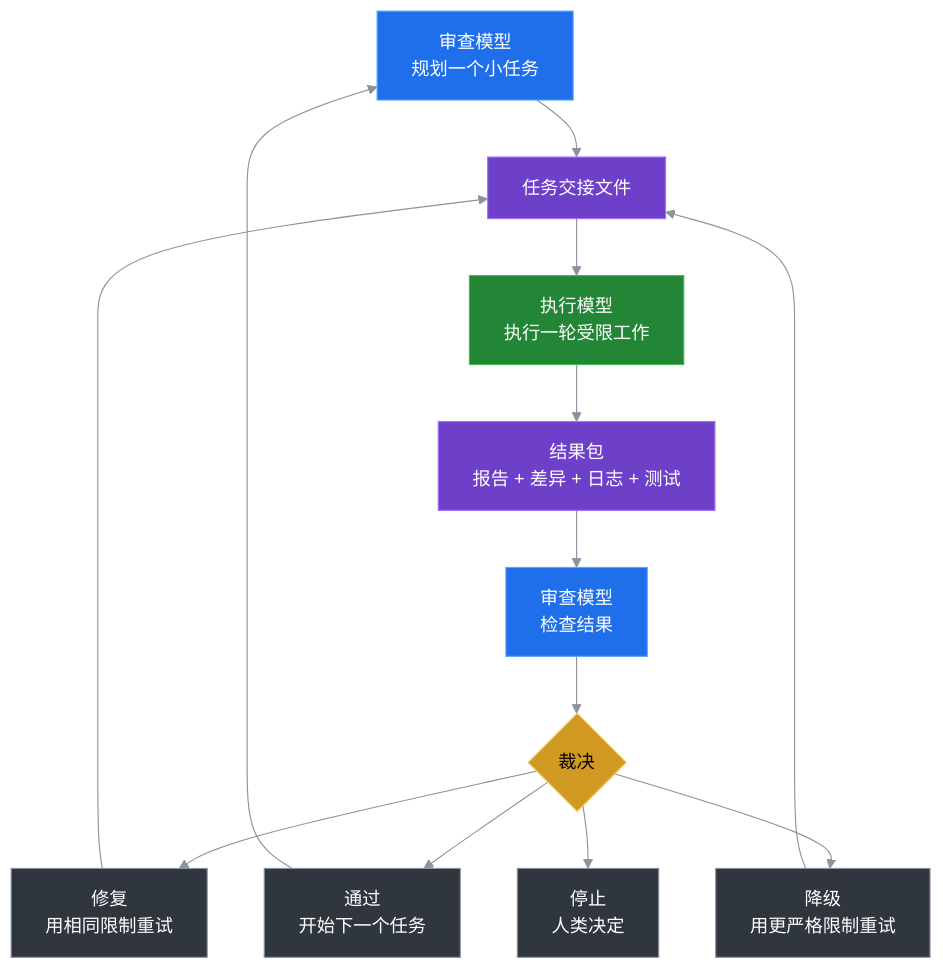
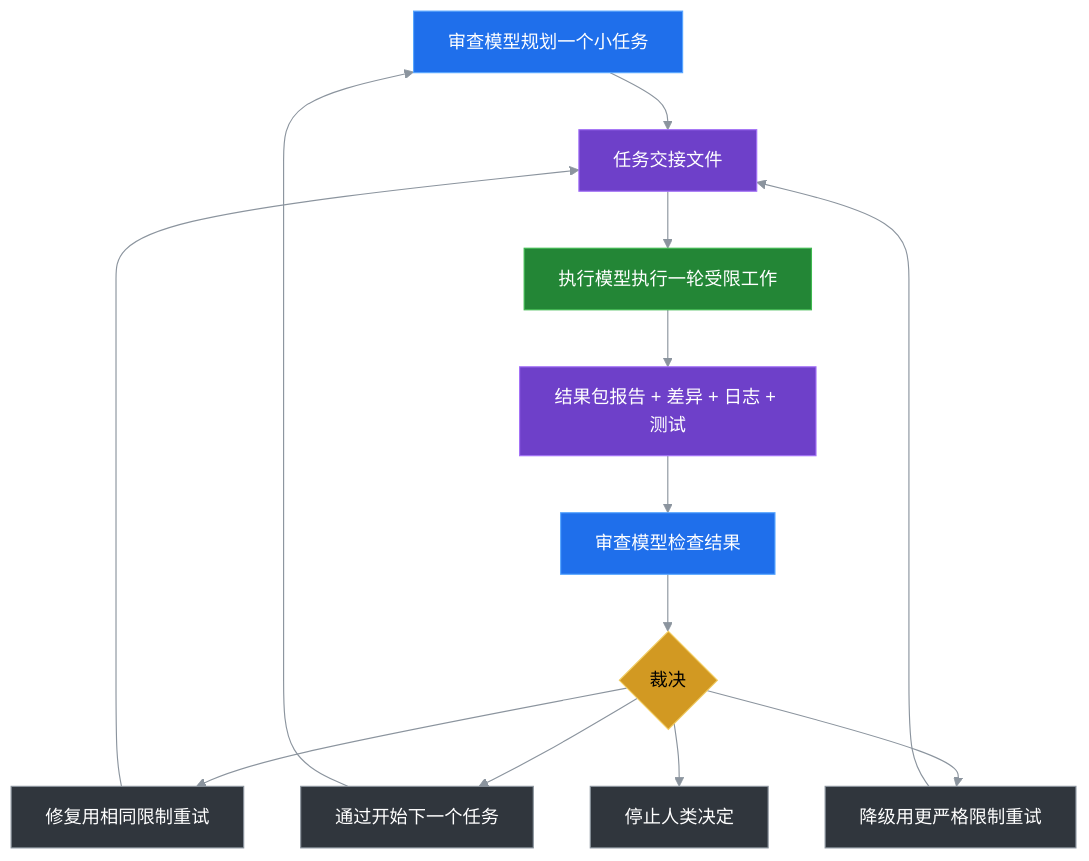
The diagram in README.zh-CN.md (ningbo00/token-saver-loop), drawn with Mermaid before and after one commit. The commit also changed other lines of this file and 3 other files, not shown here.

````diff
--- a/README.zh-CN.md
+++ b/README.zh-CN.md
@@ -102,31 +137,31 @@
 ```mermaid
 %%{init: {"theme": "base", "themeVariables": {"background": "transparent", "primaryColor": "#1f6feb", "primaryTextColor": "#ffffff", "primaryBorderColor": "#58a6ff", "lineColor": "#8b949e", "secondaryColor": "#238636", "tertiaryColor": "#30363d"}}}%%
 flowchart TD
-    A[审查模型<br/>规划一个小任务]
+    A[审查模型规划一个小任务]
     B[任务交接文件]
-    C[执行模型<br/>执行一轮受限工作]
-    D[结果包<br/>报告 + 差异 + 日志 + 测试]
-    E[审查模型<br/>检查结果]
+    C[执行模型执行一轮受限工作]
+    D[结果包报告 + 差异 + 日志 + 测试]
+    E[审查模型检查结果]
     F{裁决}
-    G[通过<br/>开始下一个任务]
-    H[修复<br/>用相同限制重试]
-    I[降级<br/>用更严格限制重试]
-    J[停止<br/>人类决定]
+    G[通过开始下一个任务]
+    H[修复用相同限制重试]
+    I[降级用更严格限制重试]
+    J[停止人类决定]
 
     A --> B --> C --> D --> E --> F
     F --> G --> A
     F --> H --> B
     F --> I --> B
     F --> J
 
     classDef reviewer fill:#1f6feb,stroke:#58a6ff,color:#ffffff
     classDef worker fill:#238636,stroke:#3fb950,color:#ffffff
     classDef file fill:#6e40c9,stroke:#a371f7,color:#ffffff
     classDef verdict fill:#d29922,stroke:#f2cc60,color:#000000
     classDef outcome fill:#30363d,stroke:#8b949e,color:#ffffff
     class A,E reviewer
     class C worker
     class B,D file
     class F verdict
     class G,H,I,J outcome
 ```
````
